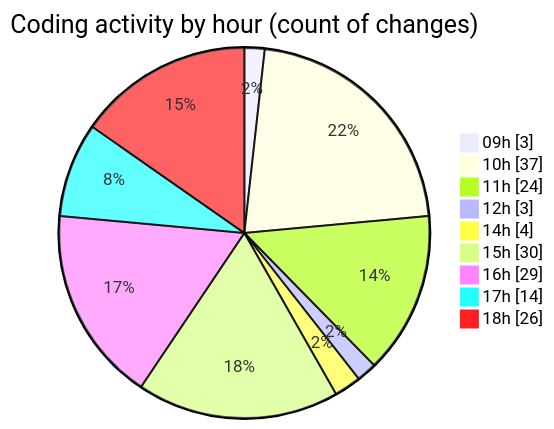
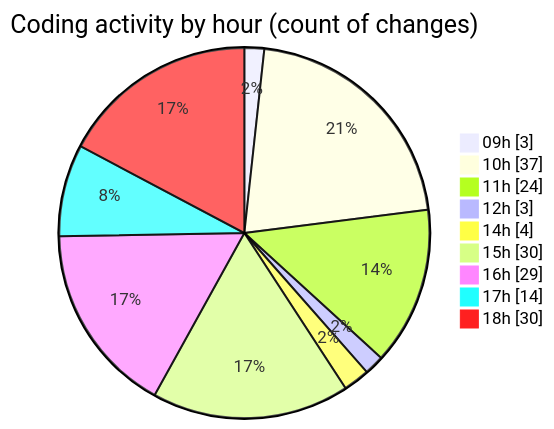
One commit to CELIANVF/code-tracking changed the second of 2 diagrams in 2025-05-02/ecodeli/README.md. Above: the diagram before and after it, drawn with Mermaid. The commit also changed other lines of this file and 1 other file, not shown here.

````diff
--- a/2025-05-02/ecodeli/README.md
+++ b/2025-05-02/ecodeli/README.md
@@ -94,13 +94,13 @@
 ```mermaid
 pie showData
 title Coding activity by hour (count of changes)
 "09h" : 3
 "10h" : 37
 "11h" : 24
 "12h" : 3
 "14h" : 4
 "15h" : 30
 "16h" : 29
 "17h" : 14
-"18h" : 26
+"18h" : 30
 ```
````
